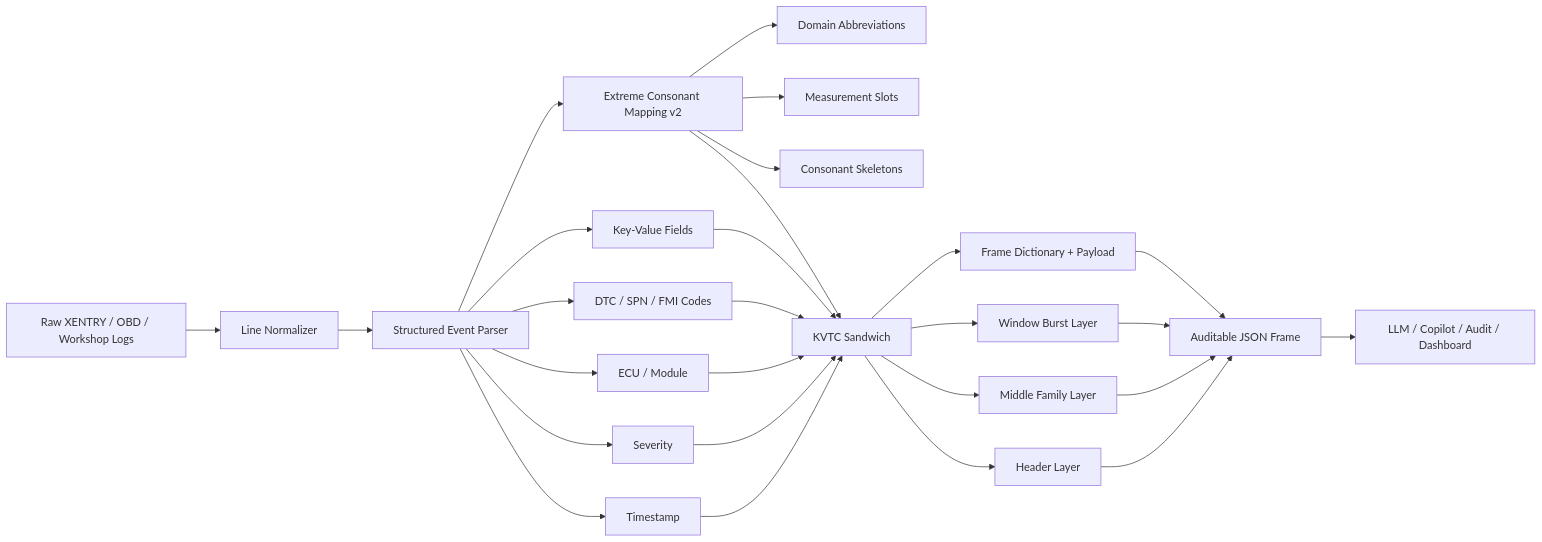
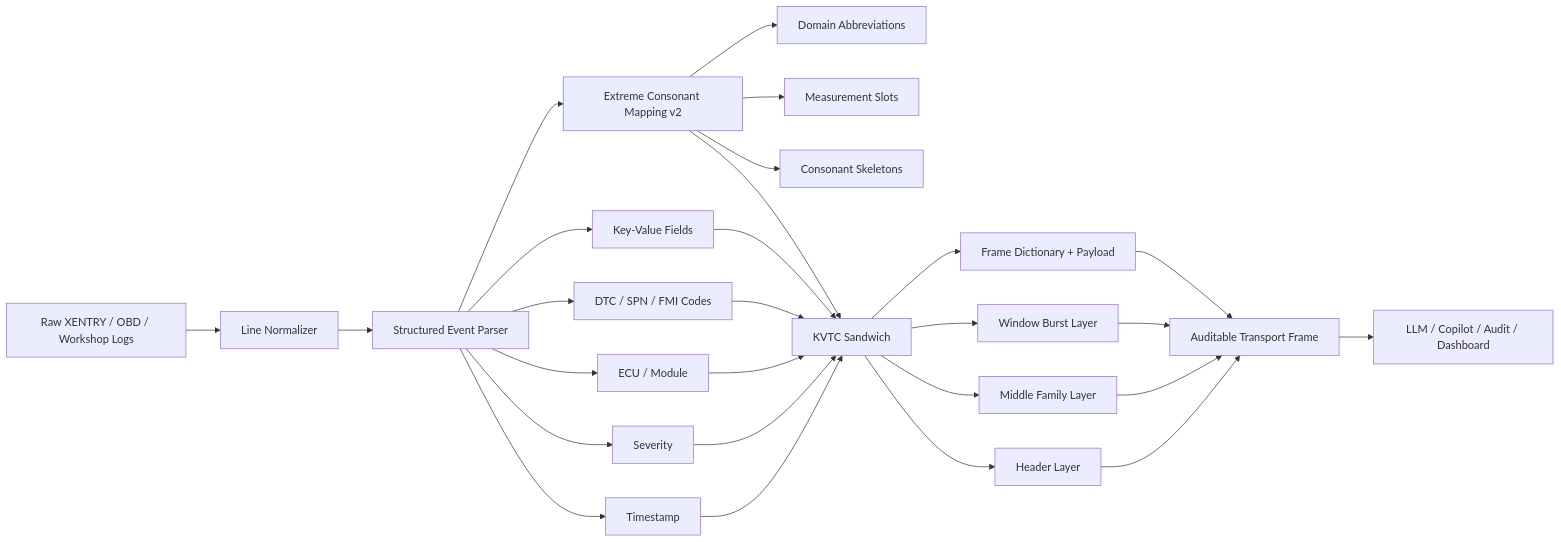
Before and after one commit to ProfRandom92/Comptextv7: the diagram in README.md, drawn with Mermaid. The commit also changed other lines of this file and 3 other files, not shown here.

````diff
--- a/README.md
+++ b/README.md
@@ -30,29 +33,29 @@
 ```mermaid
 flowchart LR
     A[Raw XENTRY / OBD / Workshop Logs] --> B[Line Normalizer]
     B --> C[Structured Event Parser]
     C --> C1[Timestamp]
     C --> C2[Severity]
     C --> C3[ECU / Module]
     C --> C4[DTC / SPN / FMI Codes]
     C --> C5[Key-Value Fields]
     C --> D[Extreme Consonant Mapping v2]
     D --> D1[Domain Abbreviations]
     D --> D2[Measurement Slots]
     D --> D3[Consonant Skeletons]
     C1 --> E[KVTC Sandwich]
     C2 --> E
     C3 --> E
     C4 --> E
     C5 --> E
     D --> E
     E --> H[Header Layer]
     E --> M[Middle Family Layer]
     E --> W[Window Burst Layer]
     E --> F[Frame Dictionary + Payload]
-    H --> G[Auditable JSON Frame]
+    H --> G[Auditable Transport Frame]
     M --> G
     W --> G
     F --> G
     G --> I[LLM / Copilot / Audit / Dashboard]
 ```
````
